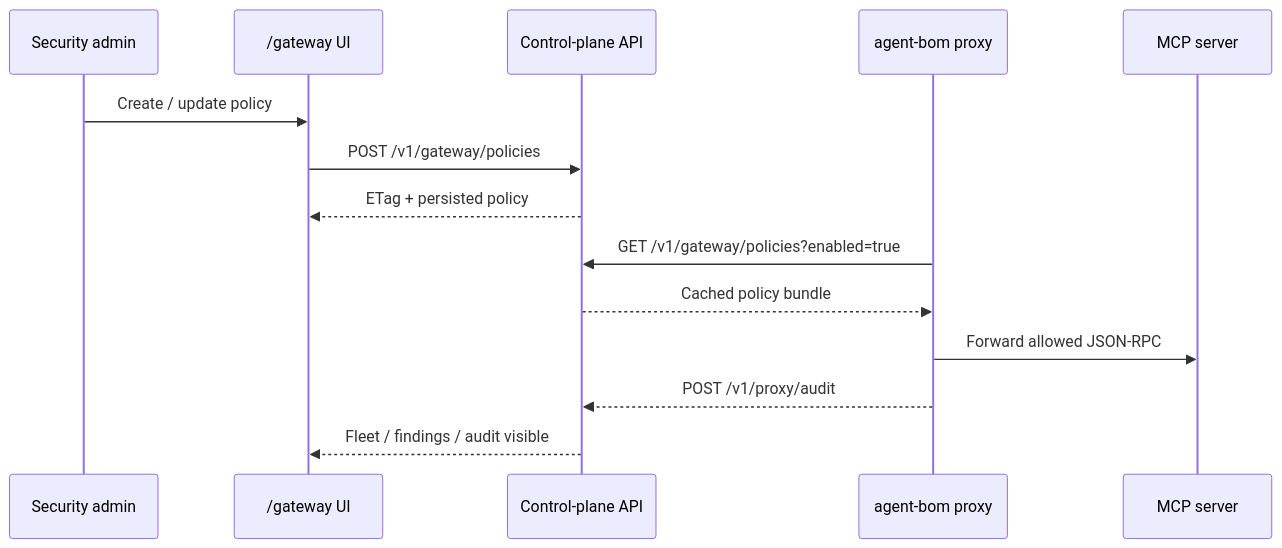
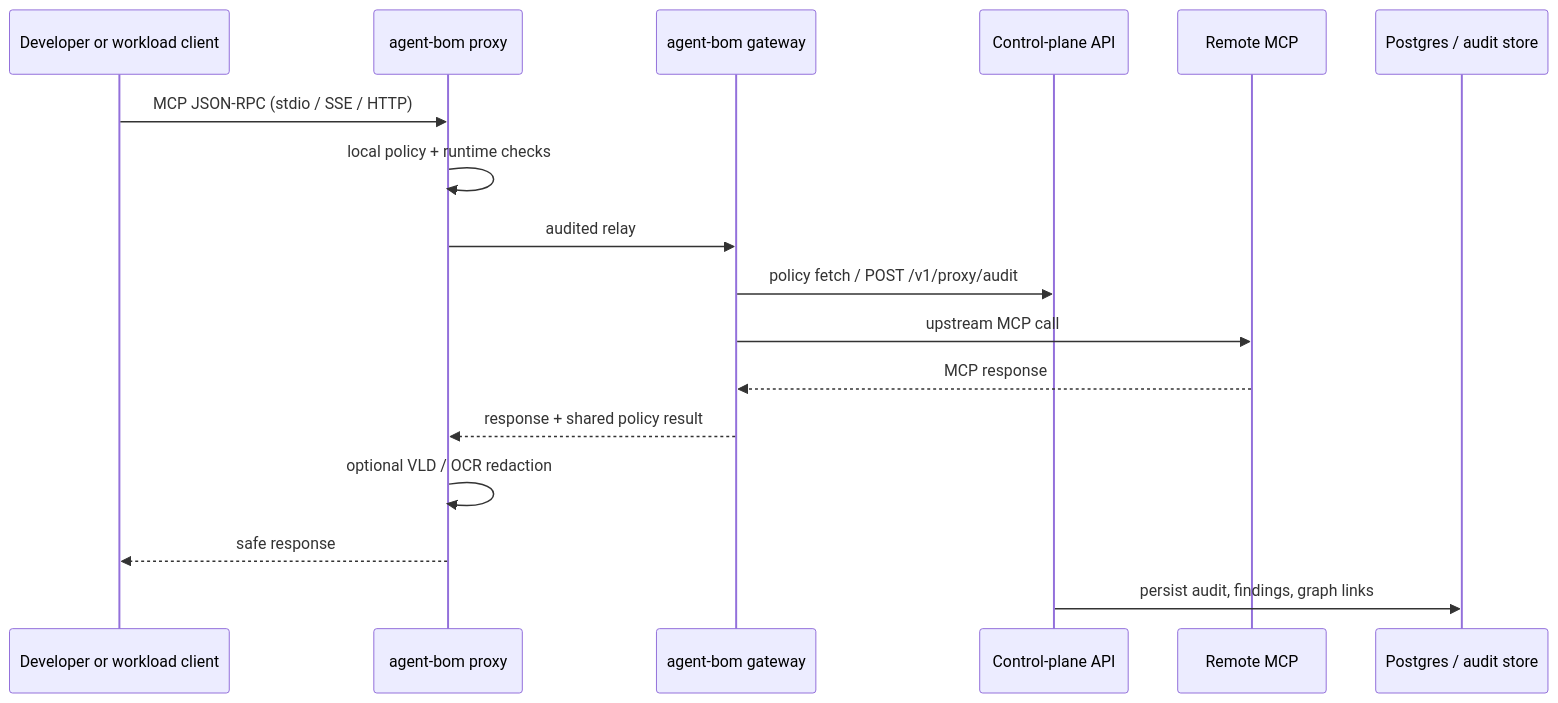
One commit to msaad00/agent-bom changed the second of 2 diagrams in site-docs/deployment/enterprise-pilot.md. Above: the diagram before and after it, drawn with Mermaid. The commit also changed other lines of this file and 6 other files, not shown here.

First line of the commit message:
[docs] simplify self-hosted deployment and runtime diagrams (#1607)

````diff
--- a/site-docs/deployment/enterprise-pilot.md
+++ b/site-docs/deployment/enterprise-pilot.md
@@ -167,17 +120,20 @@
 ```mermaid
 sequenceDiagram
-    participant Admin as Security admin
-    participant UI as /gateway UI
+    participant Client as Developer or workload client
+    participant Proxy as agent-bom proxy
+    participant Gateway as agent-bom gateway
     participant API as Control-plane API
-    participant Proxy as agent-bom proxy
-    participant MCP as MCP server
+    participant Remote as Remote MCP
+    participant Store as Postgres / audit store
 
-    Admin->>UI: Create / update policy
-    UI->>API: POST /v1/gateway/policies
-    API-->>UI: ETag + persisted policy
-    Proxy->>API: GET /v1/gateway/policies?enabled=true
-    API-->>Proxy: Cached policy bundle
-    Proxy->>MCP: Forward allowed JSON-RPC
-    Proxy-->>API: POST /v1/proxy/audit
-    API-->>UI: Fleet / findings / audit visible
+    Client->>Proxy: MCP JSON-RPC (stdio / SSE / HTTP)
+    Proxy->>Proxy: local policy + runtime checks
+    Proxy->>Gateway: audited relay
+    Gateway->>API: policy fetch / POST /v1/proxy/audit
+    Gateway->>Remote: upstream MCP call
+    Remote-->>Gateway: MCP response
+    Gateway-->>Proxy: response + shared policy result
+    Proxy->>Proxy: optional VLD / OCR redaction
+    Proxy-->>Client: safe response
+    API->>Store: persist audit, findings, graph links
 ```
````
